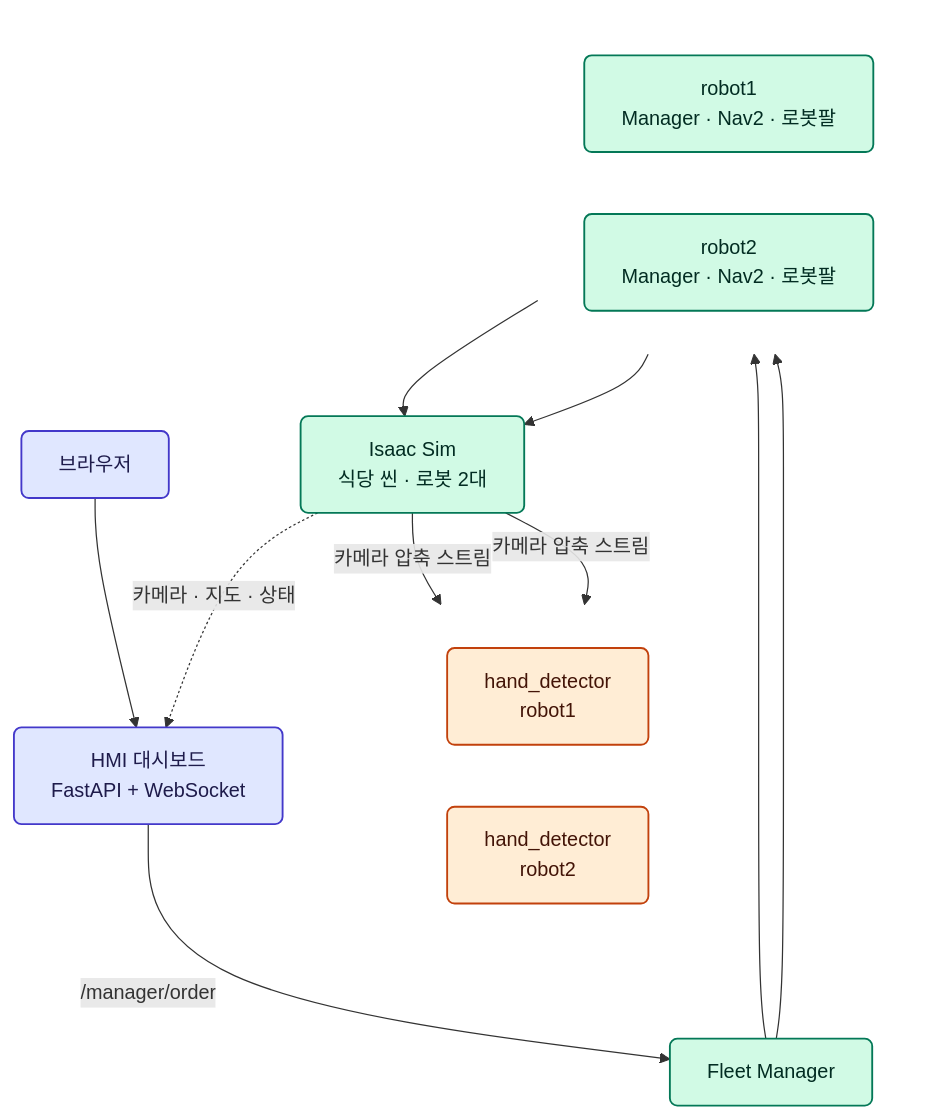
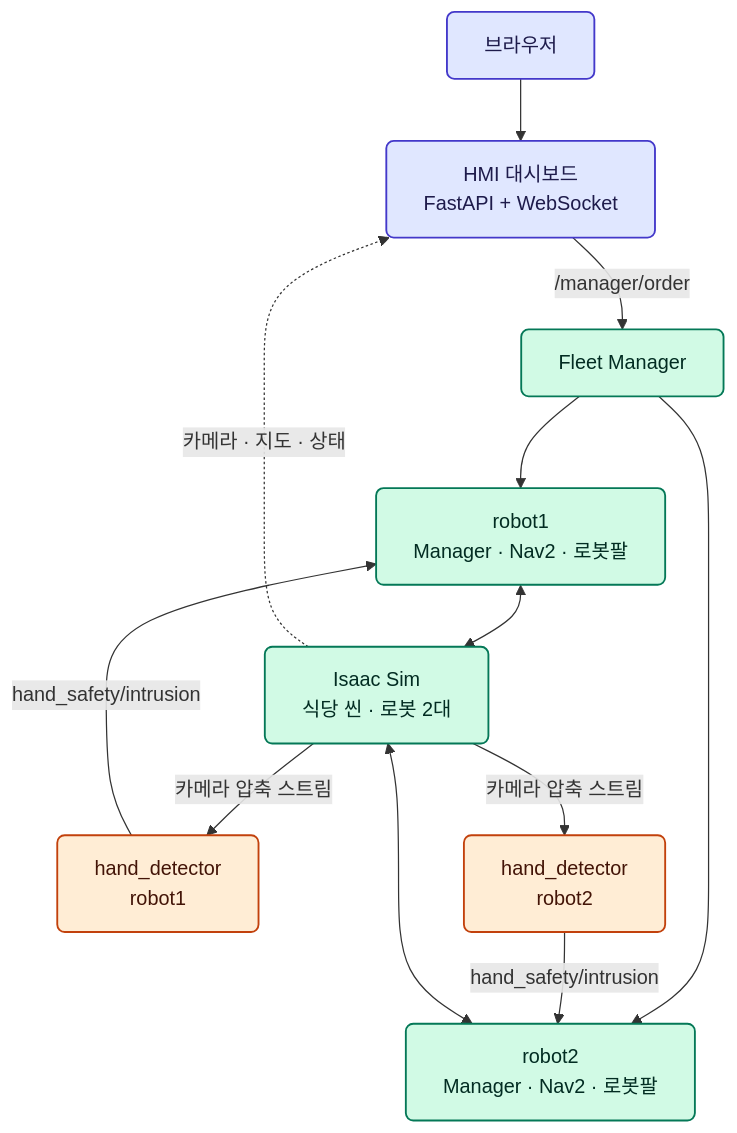
One commit to 2028jun/Rokey_Co3_A1 changed the first of 2 diagrams in README.md. Above: the diagram before and after it, drawn with Mermaid. The commit also changed other lines of this file, not shown here.

````diff
--- a/README.md
+++ b/README.md
@@ -41,36 +41,21 @@
 ```mermaid
 flowchart TB
     Browser["브라우저"] --> HMI["HMI 대시보드\nFastAPI + WebSocket"]
     HMI -->|"/manager/order"| Fleet["Fleet Manager"]
-
-    subgraph Robots [ ]
-        direction LR
-        M1["robot1\nManager · Nav2 · 로봇팔"]
-        M2["robot2\nManager · Nav2 · 로봇팔"]
-    end
-    style Robots fill:none,stroke:none
-
-    Fleet --> M1
-    Fleet --> M2
-
-    M1 --> Isaac["Isaac Sim\n식당 씬 · 로봇 2대"]
-    M2 --> Isaac
-
-    subgraph Detectors [ ]
-        direction LR
-        Y1["hand_detector\nrobot1"]
-        Y2["hand_detector\nrobot2"]
-    end
-    style Detectors fill:none,stroke:none
-
-    Isaac -->|"카메라 압축 스트림"| Y1
-    Isaac -->|"카메라 압축 스트림"| Y2
+    Fleet --> M1["robot1\nManager · Nav2 · 로봇팔"]
+    Fleet --> M2["robot2\nManager · Nav2 · 로봇팔"]
+    M1 <--> Isaac["Isaac Sim\n식당 씬 · 로봇 2대"]
+    M2 <--> Isaac
+    Isaac -->|"카메라 압축 스트림"| Y1["hand_detector\nrobot1"]
+    Isaac -->|"카메라 압축 스트림"| Y2["hand_detector\nrobot2"]
+    Y1 -->|"hand_safety/intrusion"| M1
+    Y2 -->|"hand_safety/intrusion"| M2
     Isaac -.->|"카메라 · 지도 · 상태"| HMI
 
     classDef web fill:#e0e7ff,stroke:#4338ca,color:#1e1b4b,stroke-width:1.5px,rx:6,ry:6;
     classDef main fill:#d1fae5,stroke:#047857,color:#022c22,stroke-width:1.5px,rx:6,ry:6;
     classDef yolo fill:#ffedd5,stroke:#c2410c,color:#431407,stroke-width:1.5px,rx:6,ry:6;
     class Browser,HMI web
     class Fleet,M1,M2,Isaac main
     class Y1,Y2 yolo
 ```
````
